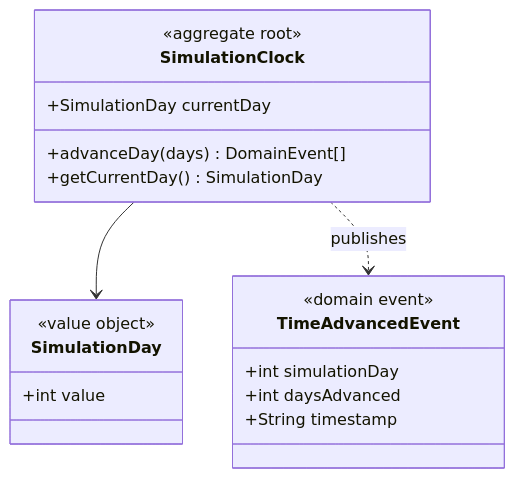
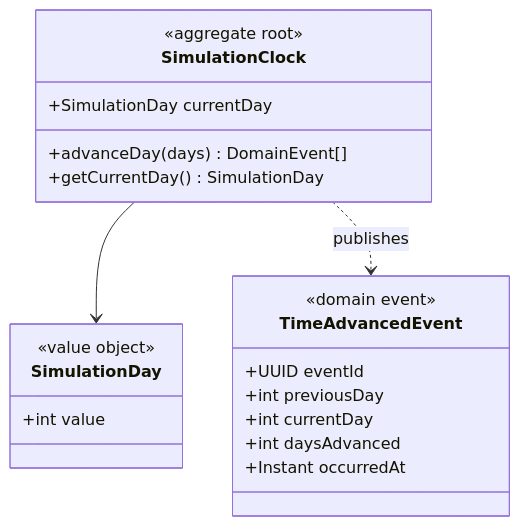
The first of 3 diagrams in time/ddd.md (PauLopNun/workshop-suministros), drawn with Mermaid before and after one commit. The commit also changed other lines of this file, not shown here.

````diff
--- a/time/ddd.md
+++ b/time/ddd.md
@@ -10,21 +10,24 @@
 ```mermaid
 classDiagram
     class SimulationClock {
         <<aggregate root>>
         +SimulationDay currentDay
         +advanceDay(days) DomainEvent[]
         +getCurrentDay() SimulationDay
     }
     class SimulationDay {
         <<value object>>
         +int value
     }
+
     class TimeAdvancedEvent {
-        <<domain event>>
-        +int simulationDay
-        +int daysAdvanced
-        +String timestamp
-    }
+    <<domain event>>
+    +UUID eventId
+    +int previousDay
+    +int currentDay
+    +int daysAdvanced
+    +Instant occurredAt
+}
     SimulationClock --> SimulationDay
     SimulationClock ..> TimeAdvancedEvent : publishes
 ```
````
